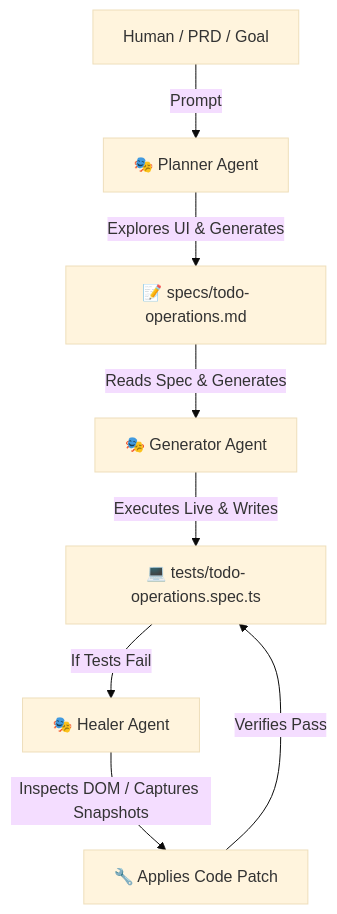
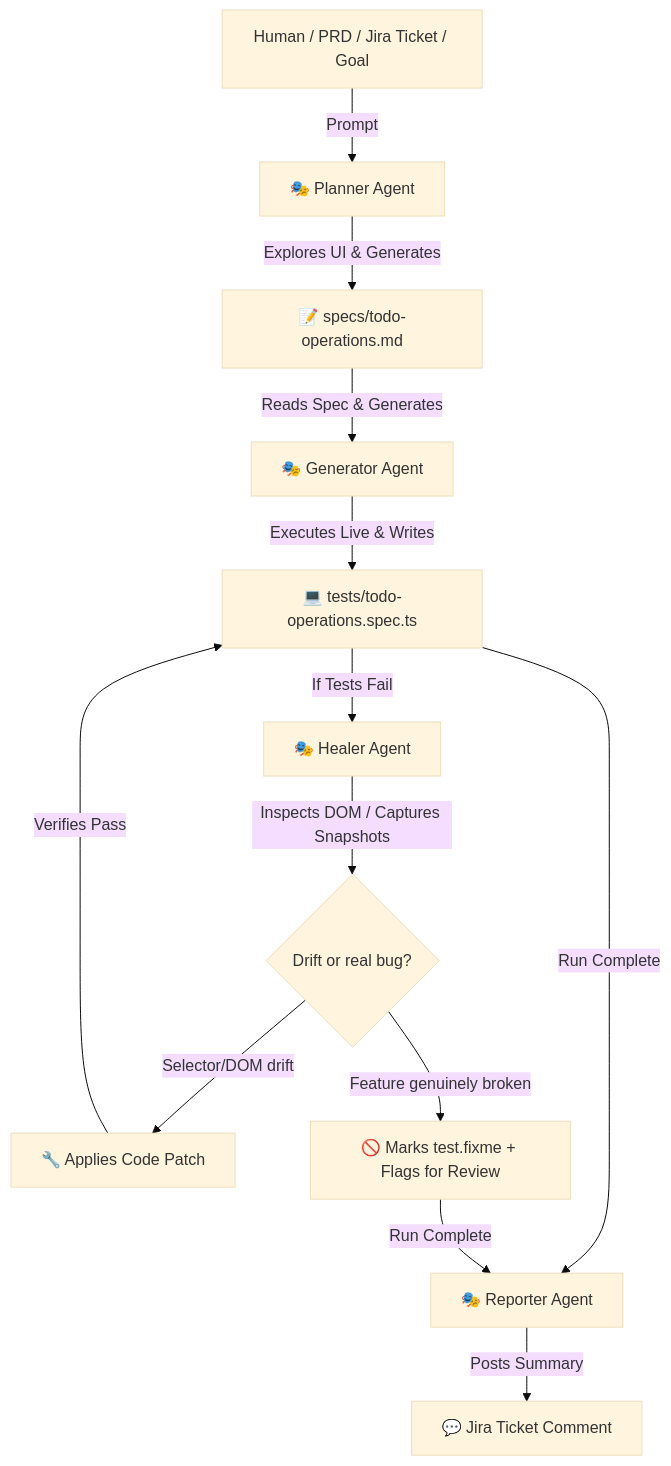
One commit to carlospardo87/agentic-qa changed the diagram in docs/agents-architecture.md. Above: the diagram before and after it, drawn with Mermaid (base theme). The commit also changed other lines of this file and 4 other files, not shown here.

Commit message:
feat: enhance Playwright agents with new reporter functionality and improve planner descriptions

````diff
--- a/docs/agents-architecture.md
+++ b/docs/agents-architecture.md
@@ -11,10 +11,15 @@
 ```mermaid
 graph TD
-    A[Human / PRD / Goal] -->|Prompt| B[🎭 Planner Agent]
+    A[Human / PRD / Jira Ticket / Goal] -->|Prompt| B[🎭 Planner Agent]
     B -->|Explores UI & Generates| C[📝 specs/todo-operations.md]
     C -->|Reads Spec & Generates| D[🎭 Generator Agent]
     D -->|Executes Live & Writes| E[💻 tests/todo-operations.spec.ts]
     E -->|If Tests Fail| F[🎭 Healer Agent]
-    F -->|Inspects DOM / Captures Snapshots| G[🔧 Applies Code Patch]
+    F -->|Inspects DOM / Captures Snapshots| H{Drift or real bug?}
+    H -->|Selector/DOM drift| G[🔧 Applies Code Patch]
     G -->|Verifies Pass| E
+    H -->|Feature genuinely broken| I[🚫 Marks test.fixme + Flags for Review]
+    E -->|Run Complete| J[🎭 Reporter Agent]
+    I -->|Run Complete| J
+    J -->|Posts Summary| K[💬 Jira Ticket Comment]
 ```
````
